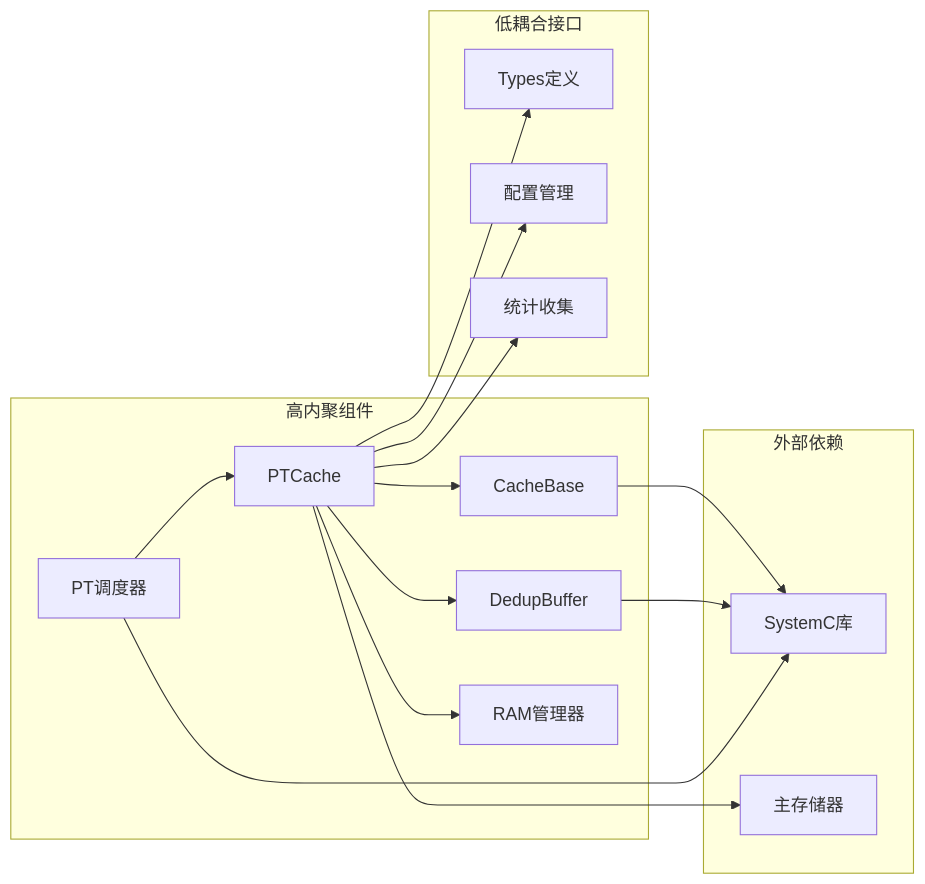
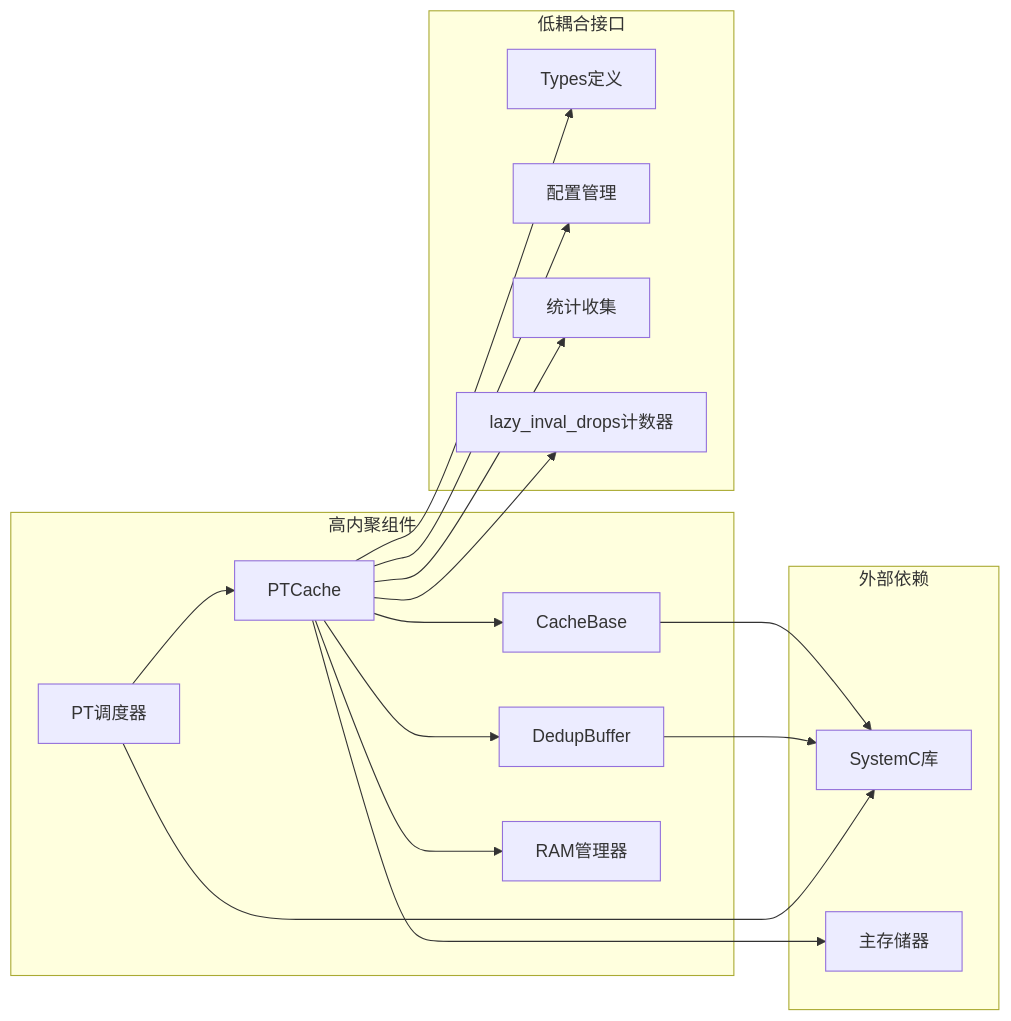
One commit to jiangjiang1122/iommu_model_20260401_v1 changed diagram 14 of 14 in .qoder/repowiki/zh/content/缓存系统/PT缓存（页表缓存）.md. Above: the diagram before and after it, drawn with Mermaid. The commit also changed other lines of this file and 159 other files, not shown here.

Commit message:
chore: 更新知识库文档 + 新增PTW并发分析图表与数据文件

````diff
--- a/.qoder/repowiki/zh/content/缓存系统/PT缓存（页表缓存）.md
+++ b/.qoder/repowiki/zh/content/缓存系统/PT缓存（页表缓存）.md
@@ -530,30 +624,32 @@
 ```mermaid
 graph LR
 subgraph "高内聚组件"
 PTCache[PTCache]
 CacheBase[CacheBase]
 DedupBuffer[DedupBuffer]
 PTScheduler[PT调度器]
 RAMManager[RAM管理器]
 end
 subgraph "低耦合接口"
 Types[Types定义]
 Config[配置管理]
 Stats[统计收集]
+LazyInvalCounter[lazy_inval_drops计数器]
 end
 subgraph "外部依赖"
 SystemC[SystemC库]
 DDR[主存储器]
 end
 PTCache --> CacheBase
 PTCache --> DedupBuffer
 PTCache --> RAMManager
 PTScheduler --> PTCache
 PTCache --> Types
 PTCache --> Config
 PTCache --> Stats
+PTCache --> LazyInvalCounter
 CacheBase --> SystemC
 DedupBuffer --> SystemC
 PTScheduler --> SystemC
 PTCache --> DDR
 ```
````
